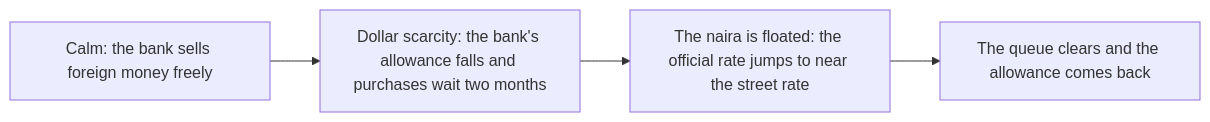
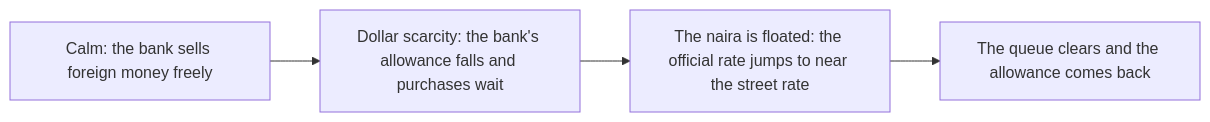
One commit to buildlab-studio/japacity changed the second of 3 diagrams in docs/site/plays/money.md. Above: the diagram before and after it, drawn with Mermaid. The commit also changed other lines of this file and 157 other files, not shown here.

````diff
--- a/docs/site/plays/money.md
+++ b/docs/site/plays/money.md
@@ -104,6 +72,6 @@
 ```mermaid
 flowchart LR
-  CALM["Calm: the bank sells foreign money freely"] --> SCAR["Dollar scarcity: the bank's allowance falls and purchases wait two months"]
+  CALM["Calm: the bank sells foreign money freely"] --> SCAR["Dollar scarcity: the bank's allowance falls and purchases wait"]
   SCAR --> FLOAT["The naira is floated: the official rate jumps to near the street rate"]
   FLOAT --> AFTER["The queue clears and the allowance comes back"]
 ```
````
